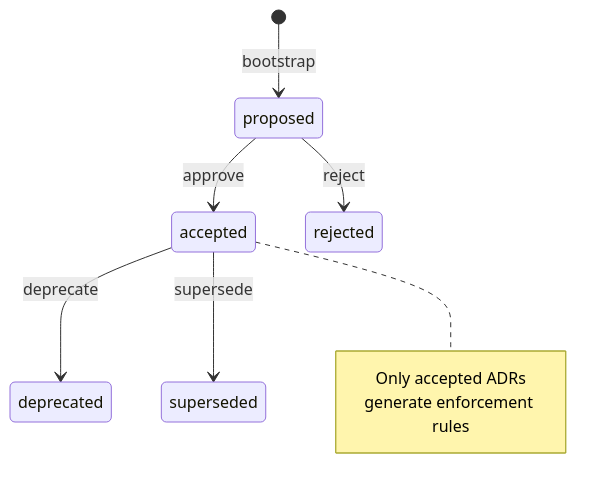
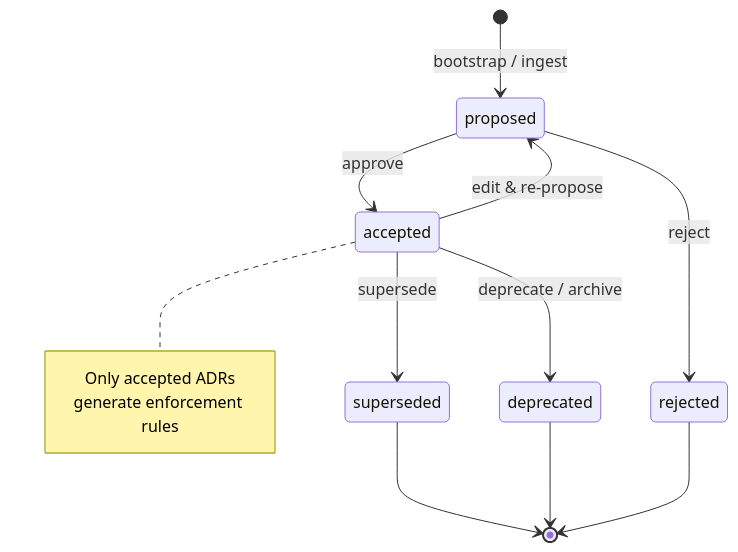
Before and after one commit to madhan-karthikeyan/DecisionDrift: the fourth of 5 diagrams in docs/architecture.md, drawn with Mermaid. The commit also changed other lines of this file and 8 other files, not shown here.

````diff
--- a/docs/architecture.md
+++ b/docs/architecture.md
@@ -106,10 +118,14 @@
 ```mermaid
 stateDiagram-v2
-    [*] --> proposed: bootstrap
+    [*] --> proposed: bootstrap / ingest
     proposed --> accepted: approve
     proposed --> rejected: reject
-    accepted --> deprecated: deprecate
+    accepted --> deprecated: deprecate / archive
     accepted --> superseded: supersede
+    accepted --> proposed: edit & re-propose
+    superseded --> [*]
+    deprecated --> [*]
+    rejected --> [*]
     
     note right of accepted: Only accepted ADRs<br>generate enforcement rules
 ```
````
